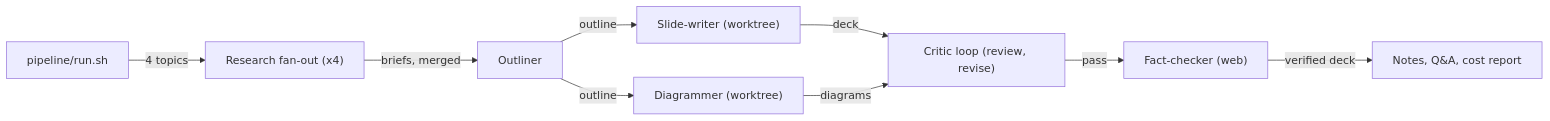
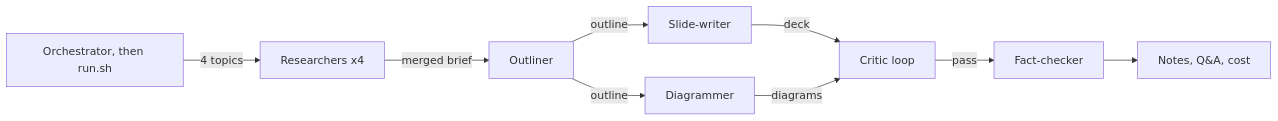
One commit to xoubish/multiGrits changed the diagram in diagrams/meta-pipeline.mmd. Above: the diagram before and after it, drawn with Mermaid. The commit also changed 52 other files, not shown here.

```diff
--- a/diagrams/meta-pipeline.mmd
+++ b/diagrams/meta-pipeline.mmd
@@ -1,9 +1,9 @@
 flowchart LR
-  H["pipeline/run.sh"] -->|"4 topics"| R["Research fan-out (x4)"]
-  R -->|"briefs, merged"| O["Outliner"]
-  O -->|"outline"| W["Slide-writer (worktree)"]
-  O -->|"outline"| D["Diagrammer (worktree)"]
-  W -->|"deck"| C["Critic loop (review, revise)"]
+  H["Orchestrator, then run.sh"] -->|"4 topics"| R["Researchers x4"]
+  R -->|"merged brief"| O["Outliner"]
+  O -->|"outline"| W["Slide-writer"]
+  O -->|"outline"| D["Diagrammer"]
+  W -->|"deck"| C["Critic loop"]
   D -->|"diagrams"| C
-  C -->|"pass"| FC["Fact-checker (web)"]
-  FC -->|"verified deck"| N["Notes, Q&A, cost report"]
+  C -->|"pass"| F["Fact-checker"]
+  F --> N["Notes, Q&A, cost"]
```
